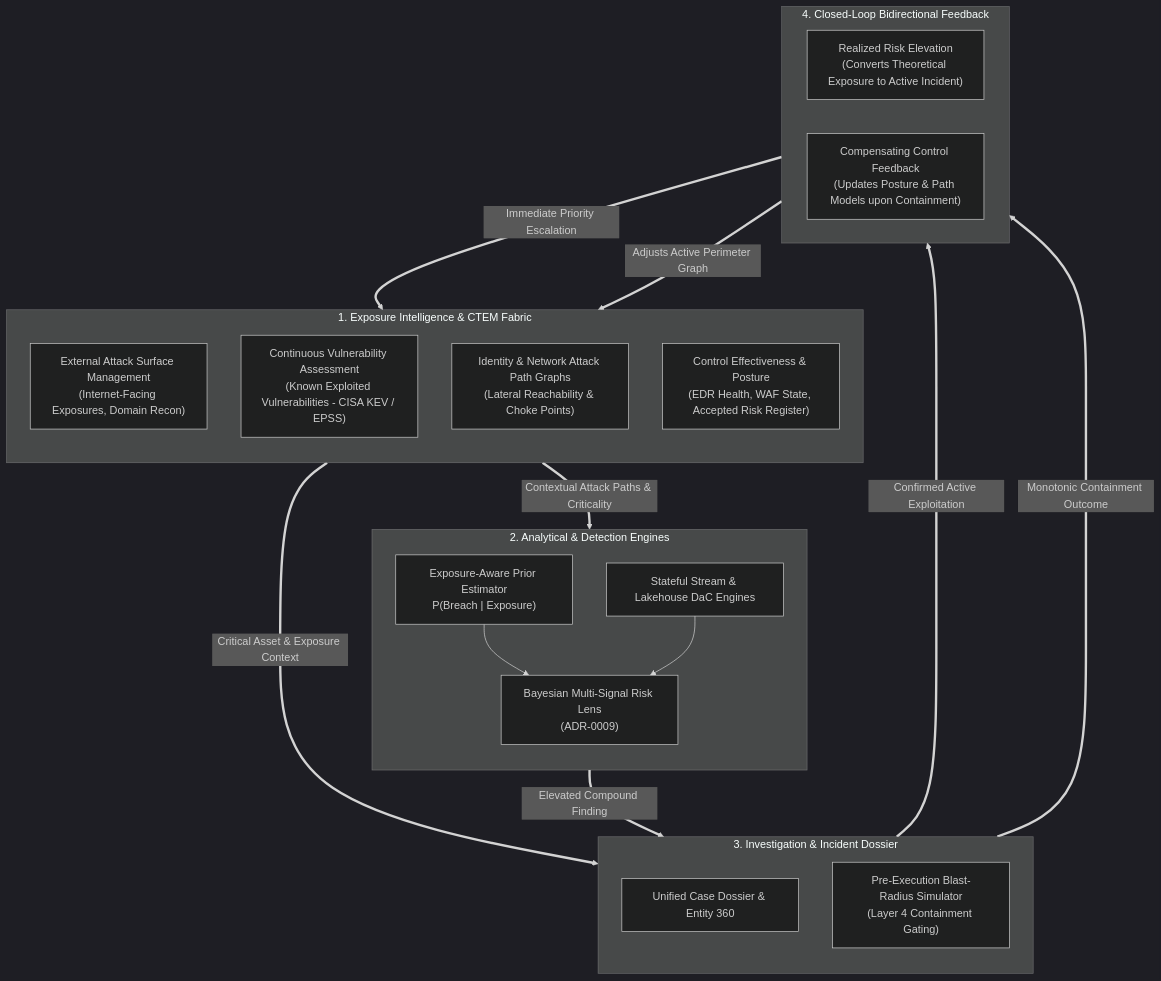
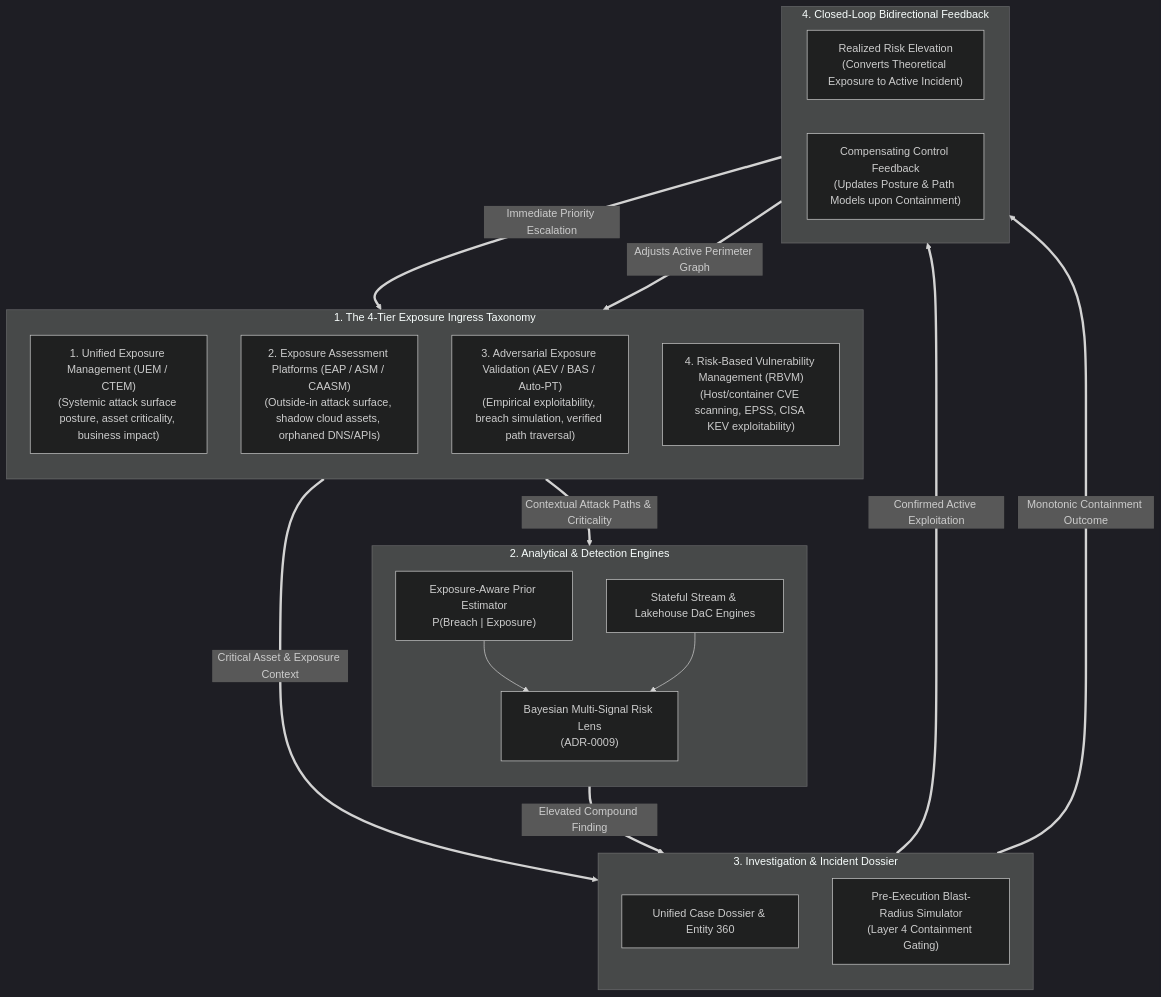
The diagram in docs/adr/0022-exposure-management-and-continuous-threat-exposure-integration.md (Haribu/TIDIR), drawn with Mermaid (dark theme) before and after one commit. The commit also changed other lines of this file and 17 other files, not shown here.

Commit message:
feat(architecture): add workflow orchestration ADR-0027, OpenID SSE actuation, 4-tier exposure ingress, and multi-source risk calibration (v1.17.0)

````diff
--- a/docs/adr/0022-exposure-management-and-continuous-threat-exposure-integration.md
+++ b/docs/adr/0022-exposure-management-and-continuous-threat-exposure-integration.md
@@ -50,39 +50,39 @@
 ```mermaid
 flowchart TB
-  subgraph ExposurePlane ["1. Exposure Intelligence & CTEM Fabric"]
+  subgraph ExposurePlane ["1. The 4-Tier Exposure Ingress Taxonomy"]
     direction TB
-    EASM["External Attack Surface Management\n(Internet-Facing Exposures, Domain Recon)"]
-    VULN["Continuous Vulnerability Assessment\n(Known Exploited Vulnerabilities - CISA KEV / EPSS)"]
-    PATH["Identity & Network Attack Path Graphs\n(Lateral Reachability & Choke Points)"]
-    POSTURE["Control Effectiveness & Posture\n(EDR Health, WAF State, Accepted Risk Register)"]
+    UEM["1. Unified Exposure Management (UEM / CTEM)\n(Systemic attack surface posture, asset criticality, business impact)"]
+    EAP["2. Exposure Assessment Platforms (EAP / ASM / CAASM)\n(Outside-in attack surface, shadow cloud assets, orphaned DNS/APIs)"]
+    AEV["3. Adversarial Exposure Validation (AEV / BAS / Auto-PT)\n(Empirical exploitability, breach simulation, verified path traversal)"]
+    RBVM["4. Risk-Based Vulnerability Management (RBVM)\n(Host/container CVE scanning, EPSS, CISA KEV exploitability)"]
   end
 
   subgraph DetectionPlane ["2. Analytical & Detection Engines"]
     direction TB
     PRIORS["Exposure-Aware Prior Estimator\nP(Breach | Exposure)"]
     STREAM_BATCH["Stateful Stream & Lakehouse DaC Engines"]
     BAYES["Bayesian Multi-Signal Risk Lens\n(ADR-0009)"]
     PRIORS --> BAYES
     STREAM_BATCH --> BAYES
   end
 
   subgraph TriagePlane ["3. Investigation & Incident Dossier"]
     direction TB
     DOSSIER["Unified Case Dossier & Entity 360"]
     BLAST["Pre-Execution Blast-Radius Simulator\n(Layer 4 Containment Gating)"]
   end
 
   subgraph FeedbackLoop ["4. Closed-Loop Bidirectional Feedback"]
     direction LR
     FB_REALIZED["Realized Risk Elevation\n(Converts Theoretical Exposure to Active Incident)"]
     FB_COMPENSATE["Compensating Control Feedback\n(Updates Posture & Path Models upon Containment)"]
   end
 
   ExposurePlane ==>|Contextual Attack Paths & Criticality| DetectionPlane
   ExposurePlane ==>|Critical Asset & Exposure Context| TriagePlane
   DetectionPlane ==>|Elevated Compound Finding| TriagePlane
   TriagePlane ==>|Confirmed Active Exploitation| FB_REALIZED
   TriagePlane ==>|Monotonic Containment Outcome| FB_COMPENSATE
   FB_REALIZED ==>|Immediate Priority Escalation| ExposurePlane
   FB_COMPENSATE ==>|Adjusts Active Perimeter Graph| ExposurePlane
 ```
````
